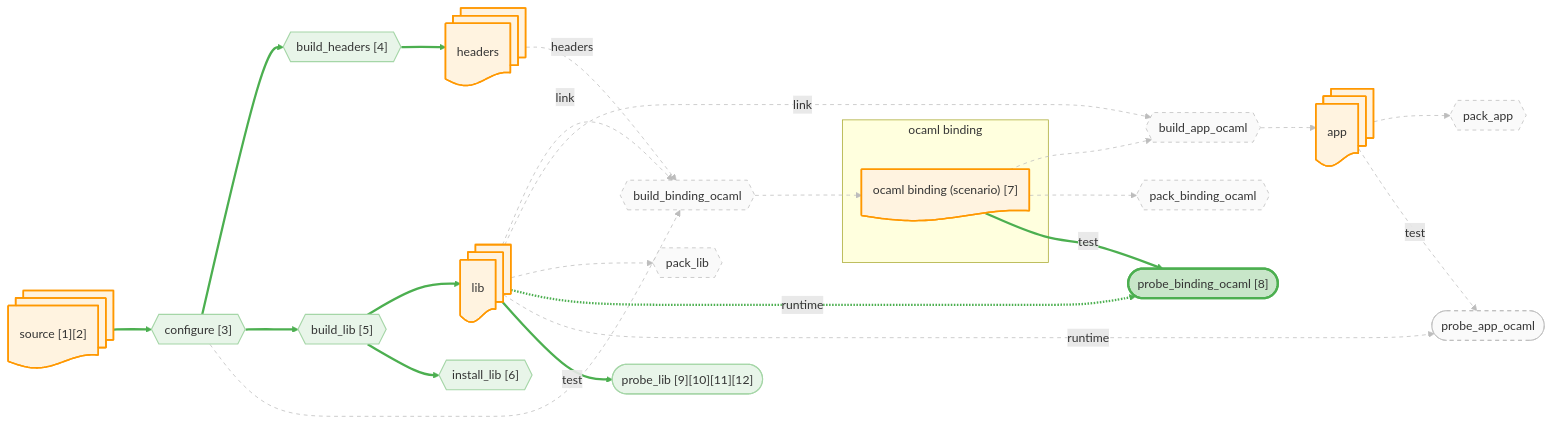
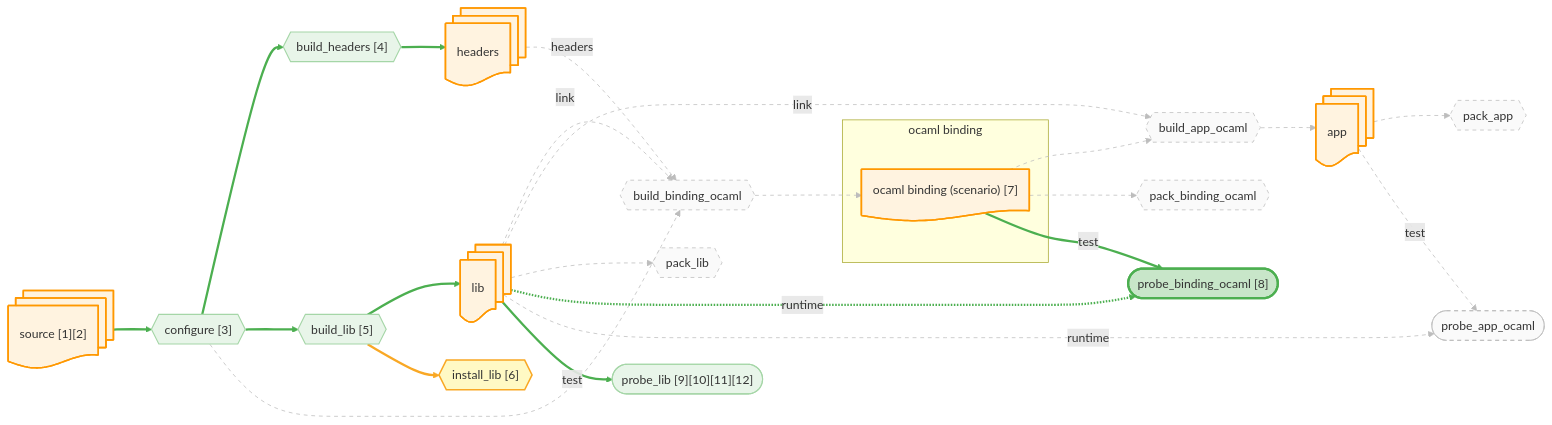
The diagram in docs/canary/projects/z3/-run/diagrams/binding_ocaml.mmd (JHU-PL-Lab/tola), drawn with Mermaid before and after one commit. The commit also changed 41 other files, not shown here.

```diff
--- a/docs/canary/projects/z3/-run/diagrams/binding_ocaml.mmd
+++ b/docs/canary/projects/z3/-run/diagrams/binding_ocaml.mmd
@@ -1,87 +1,87 @@
 %% view: binding_ocaml
 graph LR
     source_node@{ shape: docs, label: "source [1][2]" }
     headers_node@{ shape: docs, label: "headers" }
     lib_node@{ shape: docs, label: "lib" }
     app_node@{ shape: docs, label: "app" }
     subgraph ocaml_binding_sg ["ocaml binding"]
       ocaml_binding_fetch_node@{ shape: doc, label: "ocaml binding (scenario) [7]" }
     end
 
     A_configure{{"configure [3]"}}
     A_build_headers{{"build_headers [4]"}}
     A_build_lib{{"build_lib [5]"}}
     A_build_binding_ocaml{{"build_binding_ocaml"}}
     A_build_app_ocaml{{"build_app_ocaml"}}
     A_install_lib{{"install_lib [6]"}}
     A_pack_binding_ocaml{{"pack_binding_ocaml"}}
     A_pack_lib{{"pack_lib"}}
     A_pack_app{{"pack_app"}}
     A_probe_binding_ocaml(["probe_binding_ocaml [8]"])
     A_probe_app_ocaml(["probe_app_ocaml"])
     A_probe_lib(["probe_lib [9][10][11][12]"])
 
     source_node --> A_configure
     A_configure --> A_build_headers
     A_build_headers --> headers_node
     A_configure --> A_build_lib
     A_build_lib --> lib_node
     A_configure --> A_build_binding_ocaml
     headers_node -.->|headers| A_build_binding_ocaml
     lib_node -.->|link| A_build_binding_ocaml
     A_build_binding_ocaml --> ocaml_binding_fetch_node
     ocaml_binding_fetch_node --> A_build_app_ocaml
     lib_node -.->|link| A_build_app_ocaml
     A_build_app_ocaml --> app_node
     A_build_lib --> A_install_lib
     ocaml_binding_fetch_node --> A_pack_binding_ocaml
     lib_node --> A_pack_lib
     app_node --> A_pack_app
     ocaml_binding_fetch_node -->|test| A_probe_binding_ocaml
     lib_node -.->|runtime| A_probe_binding_ocaml
     app_node -->|test| A_probe_app_ocaml
     lib_node -.->|runtime| A_probe_app_ocaml
     lib_node -->|test| A_probe_lib
 
     classDef artifact fill:#fff3e0,stroke:#ff9800,stroke-width:2px
     classDef action fill:#f3e5f5,stroke:#9c27b0,stroke-width:2px
     classDef st_done fill:#c8e6c9,stroke:#4caf50,stroke-width:3px
     classDef st_done_ctx fill:#e8f5e9,stroke:#a5d6a7,stroke-width:1.5px
     classDef st_expected_fail fill:#fff9c4,stroke:#f9a825,stroke-width:2px
     classDef st_failed fill:#ffcdd2,stroke:#c62828,stroke-width:2px
     classDef st_skipped fill:#f5f5f5,stroke:#9e9e9e,stroke-dasharray:5
     classDef st_nospec fill:#fafafa,stroke:#bdbdbd,stroke-dasharray:5
     class source_node,headers_node,lib_node,app_node,ocaml_binding_fetch_node artifact
     class A_configure st_done_ctx
     class A_build_headers st_done_ctx
     class A_build_lib st_done_ctx
     class A_build_binding_ocaml st_nospec
     class A_build_app_ocaml st_nospec
-    class A_install_lib st_done_ctx
+    class A_install_lib st_expected_fail
     class A_pack_binding_ocaml st_nospec
     class A_pack_lib st_nospec
     class A_pack_app st_nospec
     class A_probe_binding_ocaml st_done
     class A_probe_app_ocaml st_nospec
     class A_probe_lib st_done_ctx
     linkStyle 0 stroke:#4caf50,stroke-width:3px
     linkStyle 1 stroke:#4caf50,stroke-width:3px
     linkStyle 2 stroke:#4caf50,stroke-width:3px
     linkStyle 3 stroke:#4caf50,stroke-width:3px
     linkStyle 4 stroke:#4caf50,stroke-width:3px
     linkStyle 5 stroke:#bdbdbd,stroke-width:1px,stroke-dasharray:5
     linkStyle 6 stroke:#bdbdbd,stroke-width:1px,stroke-dasharray:5
     linkStyle 7 stroke:#bdbdbd,stroke-width:1px,stroke-dasharray:5
     linkStyle 8 stroke:#bdbdbd,stroke-width:1px,stroke-dasharray:5
     linkStyle 9 stroke:#bdbdbd,stroke-width:1px,stroke-dasharray:5
     linkStyle 10 stroke:#bdbdbd,stroke-width:1px,stroke-dasharray:5
     linkStyle 11 stroke:#bdbdbd,stroke-width:1px,stroke-dasharray:5
-    linkStyle 12 stroke:#4caf50,stroke-width:3px
+    linkStyle 12 stroke:#f9a825,stroke-width:3px
     linkStyle 13 stroke:#bdbdbd,stroke-width:1px,stroke-dasharray:5
     linkStyle 14 stroke:#bdbdbd,stroke-width:1px,stroke-dasharray:5
     linkStyle 15 stroke:#bdbdbd,stroke-width:1px,stroke-dasharray:5
     linkStyle 16 stroke:#4caf50,stroke-width:3px
     linkStyle 17 stroke:#4caf50,stroke-width:3px
     linkStyle 18 stroke:#bdbdbd,stroke-width:1px,stroke-dasharray:5
     linkStyle 19 stroke:#bdbdbd,stroke-width:1px,stroke-dasharray:5
     linkStyle 20 stroke:#4caf50,stroke-width:3px
```
